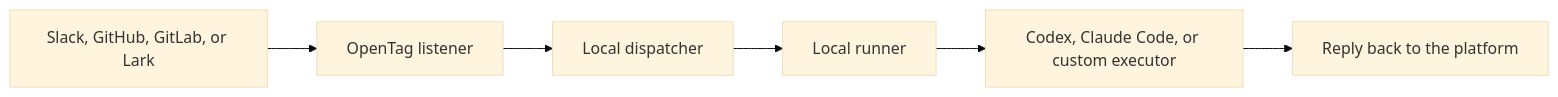
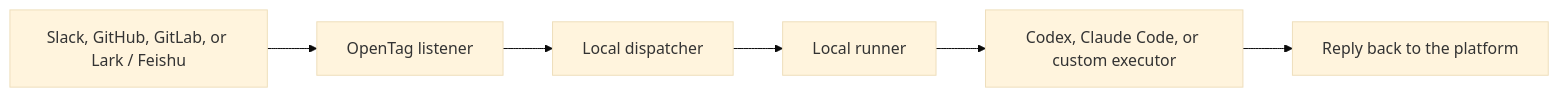
Before and after one commit to amplifthq/opentag: the diagram in README.md, drawn with Mermaid (base theme). The commit also changed 1 other file, not shown here.

Commit message:
Keep platform labels consistent in README diagrams
CodeRabbit caught that the architecture diagrams shortened the Lark / Feishu platform label even though the surrounding README text and platform tables use the full name. This keeps the diagrams aligned with the documented platform names without changing runtime behavior.

Constraint: README platform naming should stay consistent across prose, tables, and diagrams.
Rejected: Leave the shorter diagram labels | creates avoidable drift in the first-time reader path.
Confidence: high
Scope-risk: narrow
Directive: When adding platform names to README diagrams, mirror the exact public labels used in the platform guide tables.
Tested: corepack pnpm test packages/cli/test/docs-contract.test.ts
Tested: git diff --check

````diff
--- a/README.md
+++ b/README.md
@@ -206,8 +206,8 @@
 ```mermaid
 flowchart LR
-    A["Slack, GitHub, GitLab, or Lark"] --> B["OpenTag listener"]
+    A["Slack, GitHub, GitLab, or Lark / Feishu"] --> B["OpenTag listener"]
     B --> C["Local dispatcher"]
     C --> D["Local runner"]
     D --> E["Codex, Claude Code, or custom executor"]
     E --> F["Reply back to the platform"]
 ```
````
